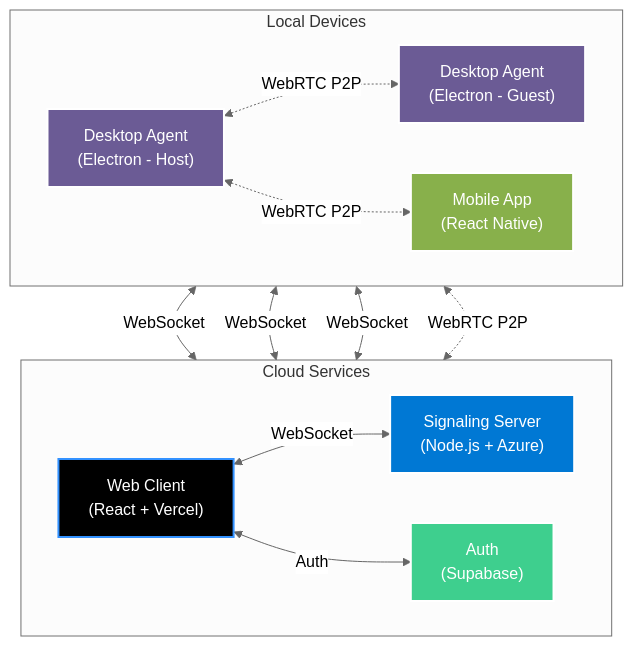
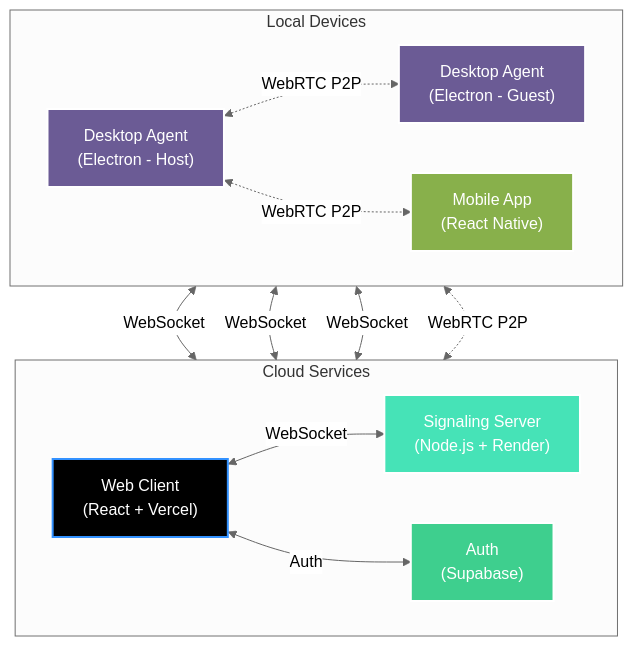
Before and after one commit to neeer4j/SuperDesk: the diagram in README.md, drawn with Mermaid (neutral theme). The commit also changed other lines of this file and 27 other files, not shown here.

Commit message:
switched server deployment from Fly.io to Render

````diff
--- a/README.md
+++ b/README.md
@@ -73,33 +73,33 @@
 ```mermaid
 flowchart TB
     subgraph Cloud["Cloud Services"]
         direction LR
         Client["Web Client<br/>(React + Vercel)"]
-        Server["Signaling Server<br/>(Node.js + Azure)"]
+        Server["Signaling Server<br/>(Node.js + Render)"]
         Auth["Auth<br/>(Supabase)"]
     end
     
     subgraph Local["Local Devices"]
         direction LR
         Agent1["Desktop Agent<br/>(Electron - Host)"]
         Agent2["Desktop Agent<br/>(Electron - Guest)"]
         Mobile["Mobile App<br/>(React Native)"]
     end
 
     Client <-->|WebSocket| Server
     Client <-->|Auth| Auth
     Agent1 <-->|WebSocket| Server
     Agent2 <-->|WebSocket| Server
     Mobile <-->|WebSocket| Server
     
     Agent1 <-.->|WebRTC P2P| Client
     Agent1 <-.->|WebRTC P2P| Agent2
     Agent1 <-.->|WebRTC P2P| Mobile
 
     style Client fill:#000,stroke:#3291FF,color:#fff,stroke-width:2px
-    style Server fill:#0078D4,stroke:#fff,color:#fff,stroke-width:2px
+    style Server fill:#46E3B7,stroke:#fff,color:#fff,stroke-width:2px
     style Auth fill:#3ECF8E,stroke:#fff,color:#fff,stroke-width:2px
     style Agent1 fill:#6B5B95,stroke:#fff,color:#fff,stroke-width:2px
     style Agent2 fill:#6B5B95,stroke:#fff,color:#fff,stroke-width:2px
     style Mobile fill:#88B04B,stroke:#fff,color:#fff,stroke-width:2px
 ```
````
